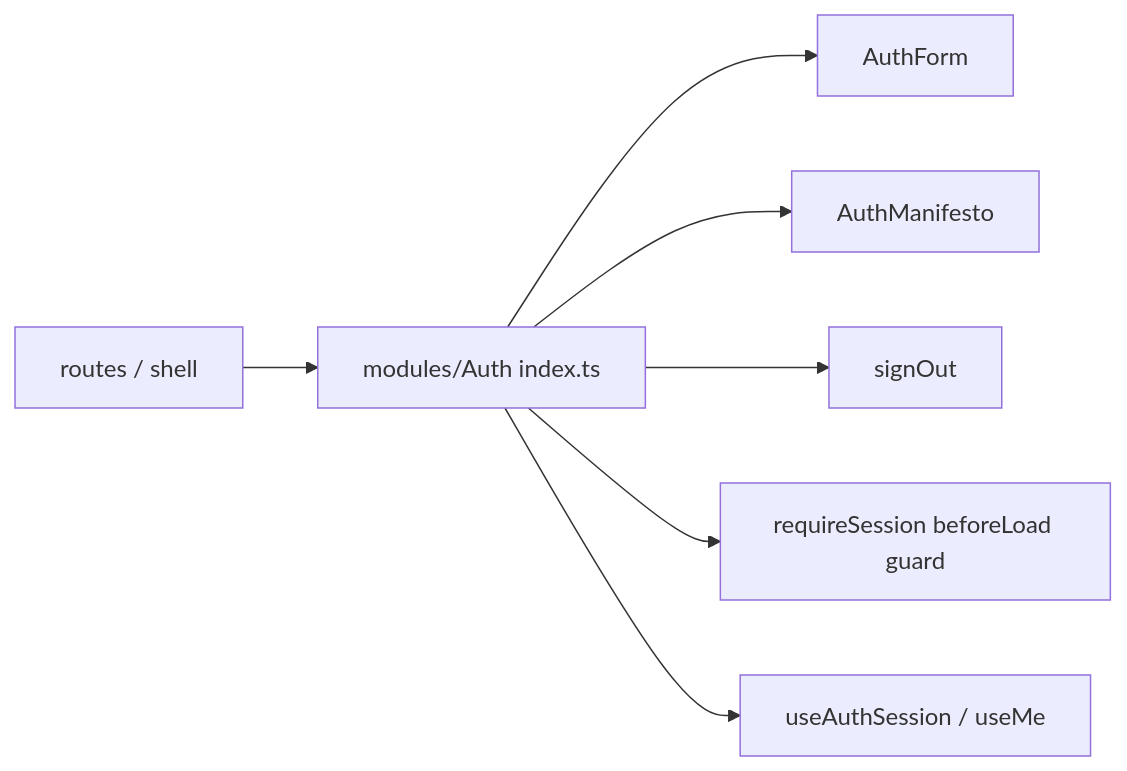
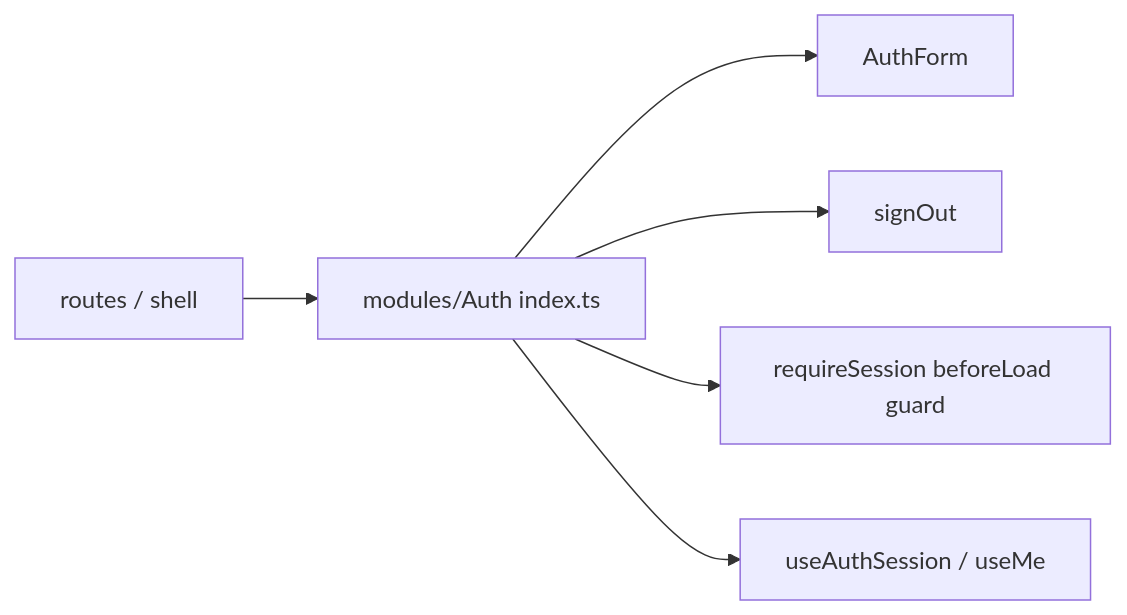
Before and after one commit to AzamatRaimbekov2/openCreate: the diagram in apps/web/src/modules/Auth/index.ts.md, drawn with Mermaid. The commit also changed other lines of this file and 24 other files, not shown here.

````diff
--- a/apps/web/src/modules/Auth/index.ts.md
+++ b/apps/web/src/modules/Auth/index.ts.md
@@ -29,9 +28,8 @@
 ```mermaid
 flowchart LR
   R[routes / shell] --> IDX[modules/Auth index.ts]
   IDX --> AF[AuthForm]
-  IDX --> AM[AuthManifesto]
   IDX --> SO[signOut]
   IDX --> RG[requireSession beforeLoad guard]
   IDX --> US[useAuthSession / useMe]
 ```
````
